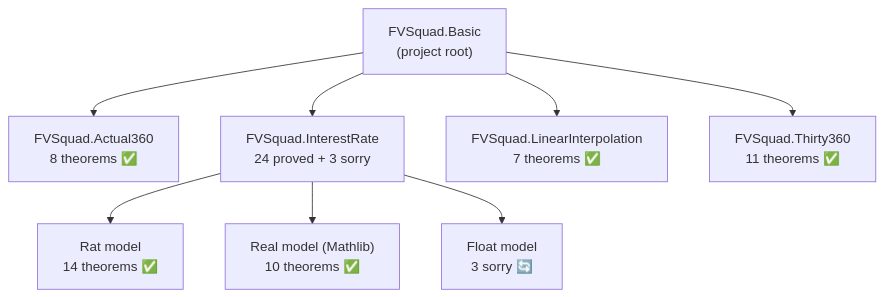
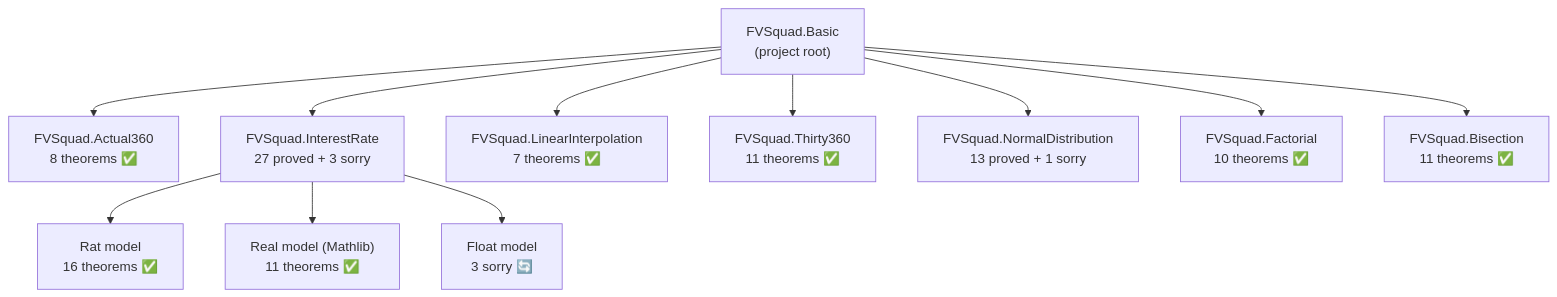
Before and after one commit to dsyme/QuantLib: the first of 11 diagrams in formal-verification/REPORT.md, drawn with Mermaid. The commit also changed other lines of this file, not shown here.

First line of the commit message:
feat(fv): update project report to 87 proved theorems across 7 targets

````diff
--- a/formal-verification/REPORT.md
+++ b/formal-verification/REPORT.md
@@ -21,18 +21,24 @@
 ```mermaid
 graph TD
     A["FVSquad.Basic<br/>(project root)"]
     B["FVSquad.Actual360<br/>8 theorems ✅"]
-    C["FVSquad.InterestRate<br/>24 proved + 3 sorry"]
+    C["FVSquad.InterestRate<br/>27 proved + 3 sorry"]
     D["FVSquad.LinearInterpolation<br/>7 theorems ✅"]
     E["FVSquad.Thirty360<br/>11 theorems ✅"]
+    F["FVSquad.NormalDistribution<br/>13 proved + 1 sorry"]
+    G["FVSquad.Factorial<br/>10 theorems ✅"]
+    H["FVSquad.Bisection<br/>11 theorems ✅"]
     A --> B
     A --> C
     A --> D
     A --> E
-    C1["Rat model<br/>14 theorems ✅"]
-    C2["Real model (Mathlib)<br/>10 theorems ✅"]
+    A --> F
+    A --> G
+    A --> H
+    C1["Rat model<br/>16 theorems ✅"]
+    C2["Real model (Mathlib)<br/>11 theorems ✅"]
     C3["Float model<br/>3 sorry 🔄"]
     C --> C1
     C --> C2
     C --> C3
 ```
````
